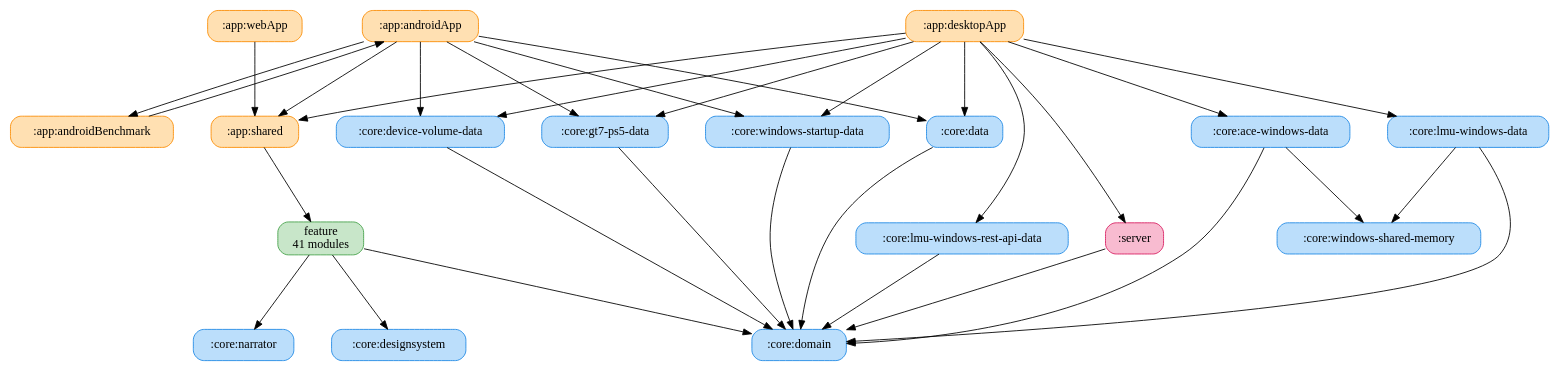
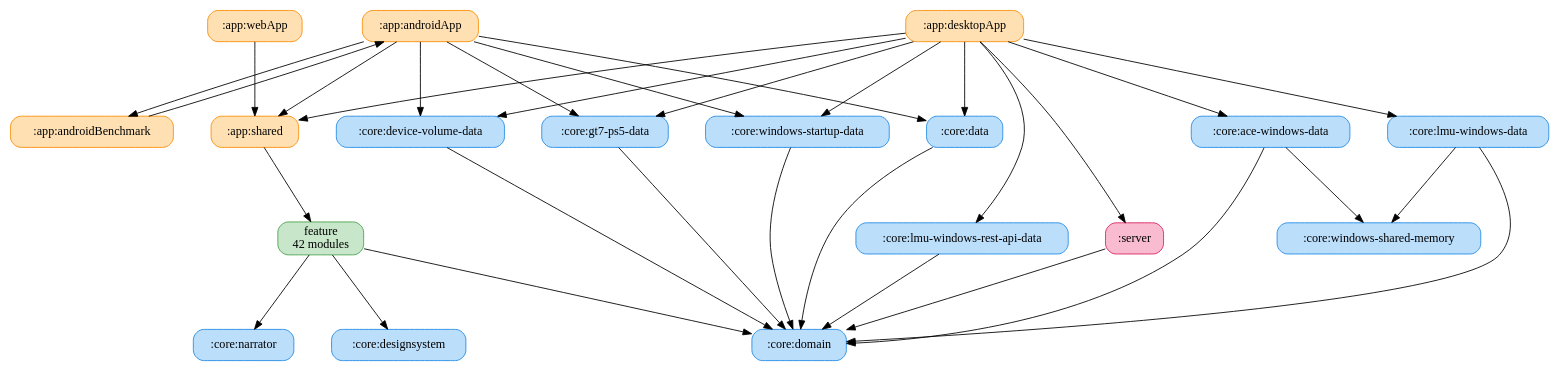
Before and after one commit to ai-kurou/KoDriver: the diagram in docs/graphs/full-graph.gv, drawn with Graphviz. The commit also changed 98 other files, not shown here.

```diff
--- a/docs/graphs/full-graph.gv
+++ b/docs/graphs/full-graph.gv
@@ -1,54 +1,54 @@
 digraph G {
   rankdir=TB
   graph [ranksep=1.2, nodesep=0.6]
   node [shape=box, style="rounded,filled"]
   ":app:androidApp" [label=":app:androidApp", fillcolor="#FFE0B2", color="#FB8C00"]
   ":app:androidBenchmark" [label=":app:androidBenchmark", fillcolor="#FFE0B2", color="#FB8C00"]
   ":app:desktopApp" [label=":app:desktopApp", fillcolor="#FFE0B2", color="#FB8C00"]
   ":app:shared" [label=":app:shared", fillcolor="#FFE0B2", color="#FB8C00"]
   ":app:webApp" [label=":app:webApp", fillcolor="#FFE0B2", color="#FB8C00"]
   ":core:ace-windows-data" [label=":core:ace-windows-data", fillcolor="#BBDEFB", color="#1E88E5"]
   ":core:data" [label=":core:data", fillcolor="#BBDEFB", color="#1E88E5"]
   ":core:designsystem" [label=":core:designsystem", fillcolor="#BBDEFB", color="#1E88E5"]
   ":core:device-volume-data" [label=":core:device-volume-data", fillcolor="#BBDEFB", color="#1E88E5"]
   ":core:domain" [label=":core:domain", fillcolor="#BBDEFB", color="#1E88E5"]
   ":core:gt7-ps5-data" [label=":core:gt7-ps5-data", fillcolor="#BBDEFB", color="#1E88E5"]
   ":core:lmu-windows-data" [label=":core:lmu-windows-data", fillcolor="#BBDEFB", color="#1E88E5"]
   ":core:lmu-windows-rest-api-data" [label=":core:lmu-windows-rest-api-data", fillcolor="#BBDEFB", color="#1E88E5"]
   ":core:narrator" [label=":core:narrator", fillcolor="#BBDEFB", color="#1E88E5"]
   ":core:windows-shared-memory" [label=":core:windows-shared-memory", fillcolor="#BBDEFB", color="#1E88E5"]
   ":core:windows-startup-data" [label=":core:windows-startup-data", fillcolor="#BBDEFB", color="#1E88E5"]
   ":server" [label=":server", fillcolor="#F8BBD0", color="#D81B60"]
-  "feature" [label="feature\n41 modules", fillcolor="#C8E6C9", color="#43A047"]
+  "feature" [label="feature\n42 modules", fillcolor="#C8E6C9", color="#43A047"]
   ":app:androidApp" -> ":app:androidBenchmark"
   ":app:androidApp" -> ":app:shared"
   ":app:androidApp" -> ":core:data"
   ":app:androidApp" -> ":core:device-volume-data"
   ":app:androidApp" -> ":core:gt7-ps5-data"
   ":app:androidApp" -> ":core:windows-startup-data"
   ":app:androidBenchmark" -> ":app:androidApp"
   ":app:desktopApp" -> ":app:shared"
   ":app:desktopApp" -> ":core:ace-windows-data"
   ":app:desktopApp" -> ":core:data"
   ":app:desktopApp" -> ":core:device-volume-data"
   ":app:desktopApp" -> ":core:gt7-ps5-data"
   ":app:desktopApp" -> ":core:lmu-windows-data"
   ":app:desktopApp" -> ":core:lmu-windows-rest-api-data"
   ":app:desktopApp" -> ":core:windows-startup-data"
   ":app:desktopApp" -> ":server"
   ":app:shared" -> "feature"
   ":app:webApp" -> ":app:shared"
   ":core:ace-windows-data" -> ":core:domain"
   ":core:ace-windows-data" -> ":core:windows-shared-memory"
   ":core:data" -> ":core:domain"
   ":core:device-volume-data" -> ":core:domain"
   ":core:gt7-ps5-data" -> ":core:domain"
   ":core:lmu-windows-data" -> ":core:domain"
   ":core:lmu-windows-data" -> ":core:windows-shared-memory"
   ":core:lmu-windows-rest-api-data" -> ":core:domain"
   ":core:windows-startup-data" -> ":core:domain"
   ":server" -> ":core:domain"
   "feature" -> ":core:designsystem"
   "feature" -> ":core:domain"
   "feature" -> ":core:narrator"
 }
```
